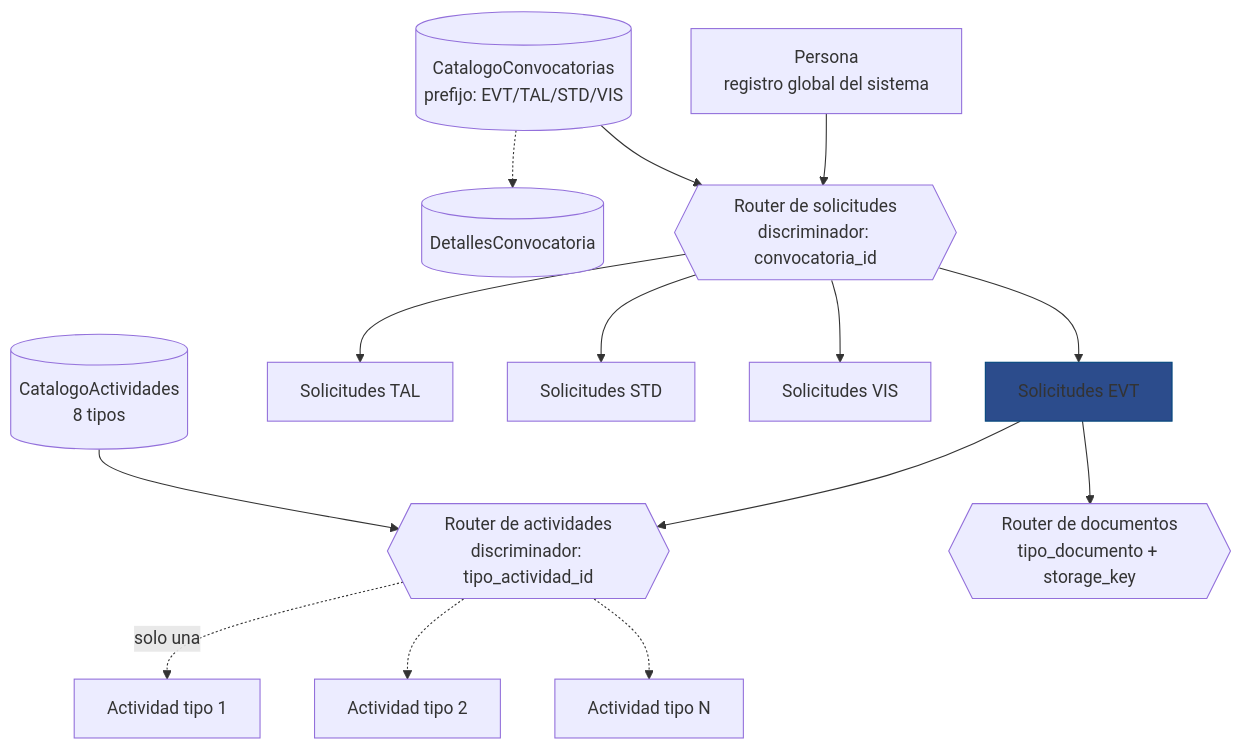
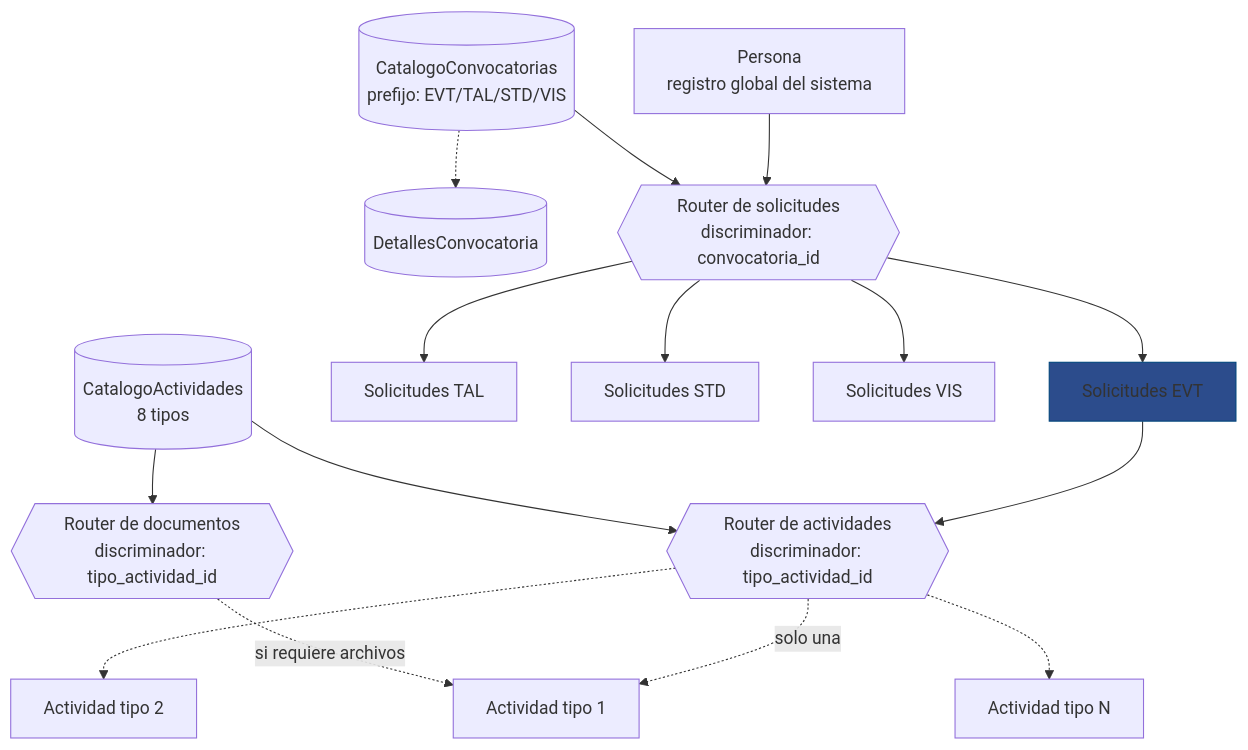
Before and after one commit to Proyectos-Vinculacion-FMAT/FILEYapp26: the first of 3 diagrams in docs/requisitos/EVT/Modelo de datos - Eventos.md, drawn with Mermaid. The commit also changed other lines of this file and 1 other file, not shown here.

First line of the commit message:
docs(EVT): RouterDocumentos vuelve a ser polimorfico, abierto a cualquier actividad

````diff
--- a/docs/requisitos/EVT/Modelo de datos - Eventos.md
+++ b/docs/requisitos/EVT/Modelo de datos - Eventos.md
@@ -53,40 +54,41 @@
 ```mermaid
 flowchart TD
     U[Persona<br/>registro global del sistema]
 
     CC[(CatalogoConvocatorias<br/>prefijo: EVT/TAL/STD/VIS)]
     DD[(DetallesConvocatoria)]
     RS{{Router de solicitudes<br/>discriminador: convocatoria_id}}
 
     S_EVT[Solicitudes EVT]
     S_TAL[Solicitudes TAL]
     S_STD[Solicitudes STD]
     S_VIS[Solicitudes VIS]
 
     CA[(CatalogoActividades<br/>8 tipos)]
     RA{{Router de actividades<br/>discriminador: tipo_actividad_id}}
+    RD{{Router de documentos<br/>discriminador: tipo_actividad_id}}
 
     A_1[Actividad tipo 1]
     A_2[Actividad tipo 2]
     A_n[Actividad tipo N]
-
-    RD{{Router de documentos<br/>tipo_documento + storage_key}}
 
     U --> RS
     CC --> RS
     CC -.-> DD
     RS --> S_EVT
     RS --> S_TAL
     RS --> S_STD
     RS --> S_VIS
 
     S_EVT --> RA
     CA --> RA
-    S_EVT --> RD
+    CA --> RD
 
     RA -.->|solo una| A_1
     RA -.-> A_2
     RA -.-> A_n
 
+    RD -.->|si requiere archivos| A_1
+
     style S_EVT fill:#2C4C8C , stroke:#01457C
 ```
````
